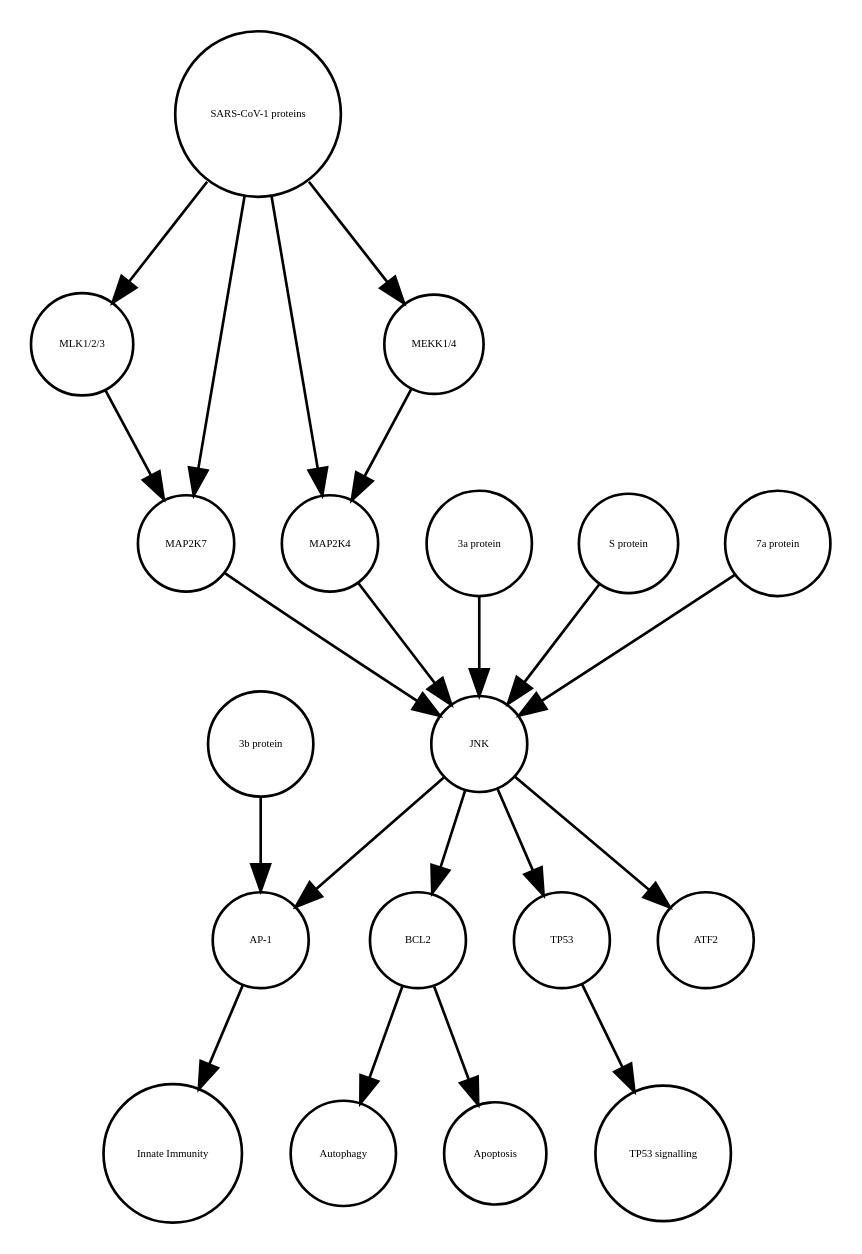
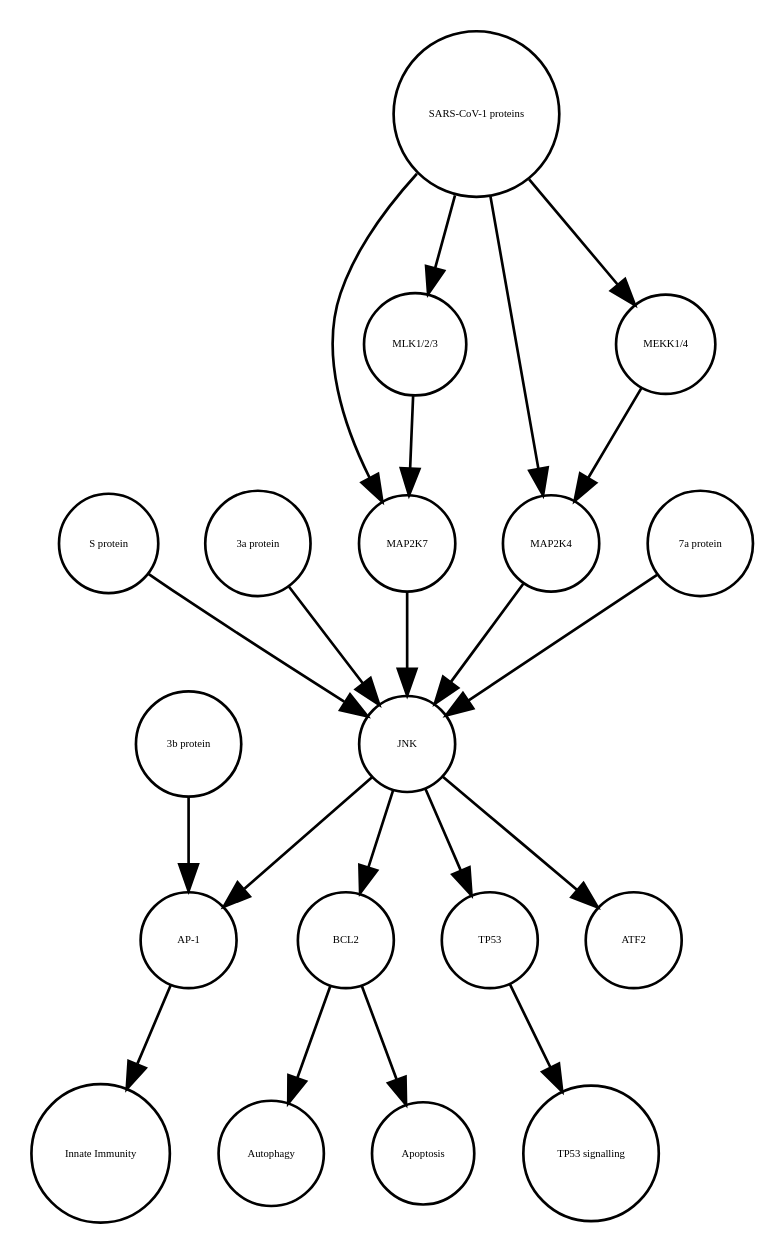
Before and after one commit to cannin/covid19-sbgn: the diagram in JNK_pathway_v2.1.xml_projected.dot, drawn with Graphviz. The commit also changed other lines of this file and 621 other files, not shown here.

```diff
--- a/JNK_pathway_v2.1.xml_projected.dot
+++ b/JNK_pathway_v2.1.xml_projected.dot
@@ -1,40 +1,40 @@
 strict digraph  {
 BCL2 [annotation=urn_miriam_uniprot_P10415, bipartite=0, cls=macromolecule, fontsize=4, label=BCL2, shape=circle];
 Autophagy [annotation="", bipartite=0, cls=phenotype, fontsize=4, label=Autophagy, shape=circle];
 "AP-1" [annotation="", bipartite=0, cls=complex, fontsize=4, label="AP-1", shape=circle];
 "Innate Immunity" [annotation="", bipartite=0, cls=phenotype, fontsize=4, label="Innate Immunity", shape=circle];
 TP53 [annotation=urn_miriam_uniprot_P04637, bipartite=0, cls=macromolecule, fontsize=4, label=TP53, shape=circle];
 "TP53 signalling" [annotation="", bipartite=0, cls=phenotype, fontsize=4, label="TP53 signalling", shape=circle];
 Apoptosis [annotation="", bipartite=0, cls=phenotype, fontsize=4, label=Apoptosis, shape=circle];
+ATF2 [annotation=urn_miriam_uniprot_P15336, bipartite=0, cls=macromolecule, fontsize=4, label=ATF2, shape=circle];
+"SARS-CoV-1 proteins" [annotation="", bipartite=0, cls=complex, fontsize=4, label="SARS-CoV-1 proteins", shape=circle];
+"S protein" [annotation="", bipartite=0, cls=macromolecule, fontsize=4, label="S protein", shape=circle];
+"3a protein" [annotation="", bipartite=0, cls=macromolecule, fontsize=4, label="3a protein", shape=circle];
+MAP2K7 [annotation=urn_miriam_uniprot_O14733, bipartite=0, cls=macromolecule, fontsize=4, label=MAP2K7, shape=circle];
 "MLK1/2/3" [annotation="", bipartite=0, cls=complex, fontsize=4, label="MLK1/2/3", shape=circle];
-ATF2 [annotation=urn_miriam_uniprot_P15336, bipartite=0, cls=macromolecule, fontsize=4, label=ATF2, shape=circle];
 "3b protein" [annotation="", bipartite=0, cls=macromolecule, fontsize=4, label="3b protein", shape=circle];
-"SARS-CoV-1 proteins" [annotation="", bipartite=0, cls=complex, fontsize=4, label="SARS-CoV-1 proteins", shape=circle];
-MAP2K7 [annotation=urn_miriam_uniprot_O14733, bipartite=0, cls=macromolecule, fontsize=4, label=MAP2K7, shape=circle];
-"3a protein" [annotation="", bipartite=0, cls=macromolecule, fontsize=4, label="3a protein", shape=circle];
 MAP2K4 [annotation=urn_miriam_uniprot_P45985, bipartite=0, cls=macromolecule, fontsize=4, label=MAP2K4, shape=circle];
-"S protein" [annotation="", bipartite=0, cls=macromolecule, fontsize=4, label="S protein", shape=circle];
+"7a protein" [annotation="", bipartite=0, cls=macromolecule, fontsize=4, label="7a protein", shape=circle];
 JNK [annotation="", bipartite=0, cls=complex, fontsize=4, label=JNK, shape=circle];
-"7a protein" [annotation="", bipartite=0, cls=macromolecule, fontsize=4, label="7a protein", shape=circle];
 "MEKK1/4" [annotation="", bipartite=0, cls=complex, fontsize=4, label="MEKK1/4", shape=circle];
 BCL2 -> Autophagy  [annotation="", interaction_type="necessary stimulation"];
 BCL2 -> Apoptosis  [annotation="", interaction_type=inhibition];
 "AP-1" -> "Innate Immunity"  [annotation="", interaction_type="necessary stimulation"];
 TP53 -> "TP53 signalling"  [annotation="", interaction_type="necessary stimulation"];
+"SARS-CoV-1 proteins" -> MAP2K4  [annotation="urn_miriam_pubmed_31226023|urn_miriam_taxonomy_694009", interaction_type=stimulation];
+"SARS-CoV-1 proteins" -> "MEKK1/4"  [annotation="urn_miriam_pubmed_31226023|urn_miriam_taxonomy_694009", interaction_type=stimulation];
+"SARS-CoV-1 proteins" -> "MLK1/2/3"  [annotation="urn_miriam_taxonomy_694009|urn_miriam_pubmed_31226023", interaction_type=stimulation];
+"SARS-CoV-1 proteins" -> MAP2K7  [annotation="urn_miriam_pubmed_31226023|urn_miriam_taxonomy_694009", interaction_type=stimulation];
+"S protein" -> JNK  [annotation=urn_miriam_pubmed_17267381, interaction_type=stimulation];
+"3a protein" -> JNK  [annotation=urn_miriam_pubmed_17141229, interaction_type=stimulation];
+MAP2K7 -> JNK  [annotation=urn_miriam_pubmed_17141229, interaction_type=stimulation];
 "MLK1/2/3" -> MAP2K7  [annotation="urn_miriam_pubmed_31226023|urn_miriam_taxonomy_694009", interaction_type=stimulation];
 "3b protein" -> "AP-1"  [annotation=urn_miriam_pubmed_21561061, interaction_type=stimulation];
-"SARS-CoV-1 proteins" -> "MEKK1/4"  [annotation="urn_miriam_pubmed_31226023|urn_miriam_taxonomy_694009", interaction_type=stimulation];
-"SARS-CoV-1 proteins" -> MAP2K4  [annotation="urn_miriam_pubmed_31226023|urn_miriam_taxonomy_694009", interaction_type=stimulation];
-"SARS-CoV-1 proteins" -> MAP2K7  [annotation="urn_miriam_pubmed_31226023|urn_miriam_taxonomy_694009", interaction_type=stimulation];
-"SARS-CoV-1 proteins" -> "MLK1/2/3"  [annotation="urn_miriam_taxonomy_694009|urn_miriam_pubmed_31226023", interaction_type=stimulation];
-MAP2K7 -> JNK  [annotation=urn_miriam_pubmed_17141229, interaction_type=stimulation];
-"3a protein" -> JNK  [annotation=urn_miriam_pubmed_17141229, interaction_type=stimulation];
 MAP2K4 -> JNK  [annotation=urn_miriam_pubmed_17141229, interaction_type=stimulation];
-"S protein" -> JNK  [annotation=urn_miriam_pubmed_17267381, interaction_type=stimulation];
-JNK -> TP53  [annotation="", interaction_type=stimulation];
+"7a protein" -> JNK  [annotation=urn_miriam_pubmed_17141229, interaction_type=stimulation];
 JNK -> ATF2  [annotation="", interaction_type=stimulation];
 JNK -> BCL2  [annotation=urn_miriam_pubmed_10567572, interaction_type=stimulation];
+JNK -> TP53  [annotation="", interaction_type=stimulation];
 JNK -> "AP-1"  [annotation=urn_miriam_pubmed_21561061, interaction_type=stimulation];
-"7a protein" -> JNK  [annotation=urn_miriam_pubmed_17141229, interaction_type=stimulation];
 "MEKK1/4" -> MAP2K4  [annotation="urn_miriam_pubmed_31226023|urn_miriam_taxonomy_694009", interaction_type=stimulation];
 }
```
